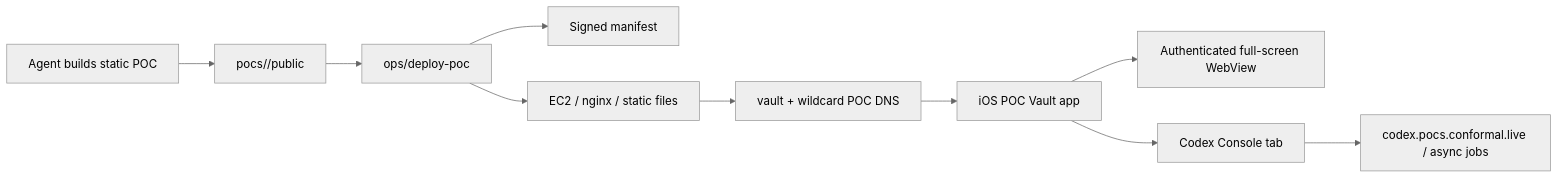
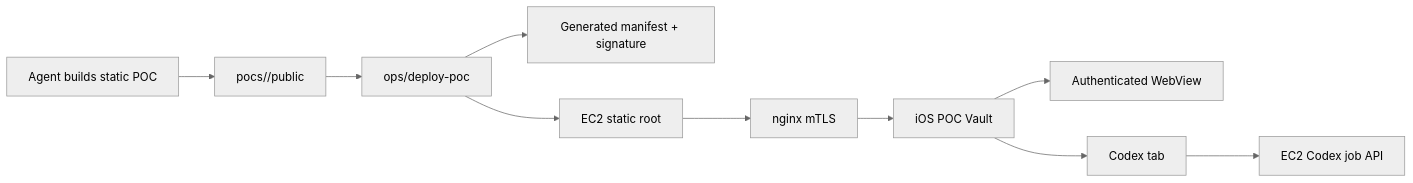
One commit to speedcuber911/private-ios-poc-vault changed the diagram in README.md. Above: the diagram before and after it, drawn with Mermaid (neutral theme). The commit also changed other lines of this file and 14 other files, not shown here.

````diff
--- a/README.md
+++ b/README.md
@@ -35,12 +34,12 @@
 ```mermaid
 flowchart LR
-  Agent["Agent builds static POC"] --> Repo["pocs/<slug>/public"]
-  Repo --> Deploy["ops/deploy-poc"]
-  Deploy --> Manifest["Signed manifest"]
-  Deploy --> VM["EC2 / nginx / static files"]
-  VM --> DNS["vault + wildcard POC DNS"]
-  DNS --> App["iOS POC Vault app"]
-  App --> WebView["Authenticated full-screen WebView"]
-  App --> Codex["Codex Console tab"]
-  Codex --> API["codex.pocs.conformal.live / async jobs"]
+  Agent["Agent builds static POC"] --> Source["pocs/<slug>/public"]
+  Source --> Deploy["ops/deploy-poc"]
+  Deploy --> Manifest["Generated manifest + signature"]
+  Deploy --> VM["EC2 static root"]
+  VM --> Nginx["nginx mTLS"]
+  Nginx --> App["iOS POC Vault"]
+  App --> WebView["Authenticated WebView"]
+  App --> CodexTab["Codex tab"]
+  CodexTab --> CodexAPI["EC2 Codex job API"]
 ```
````
